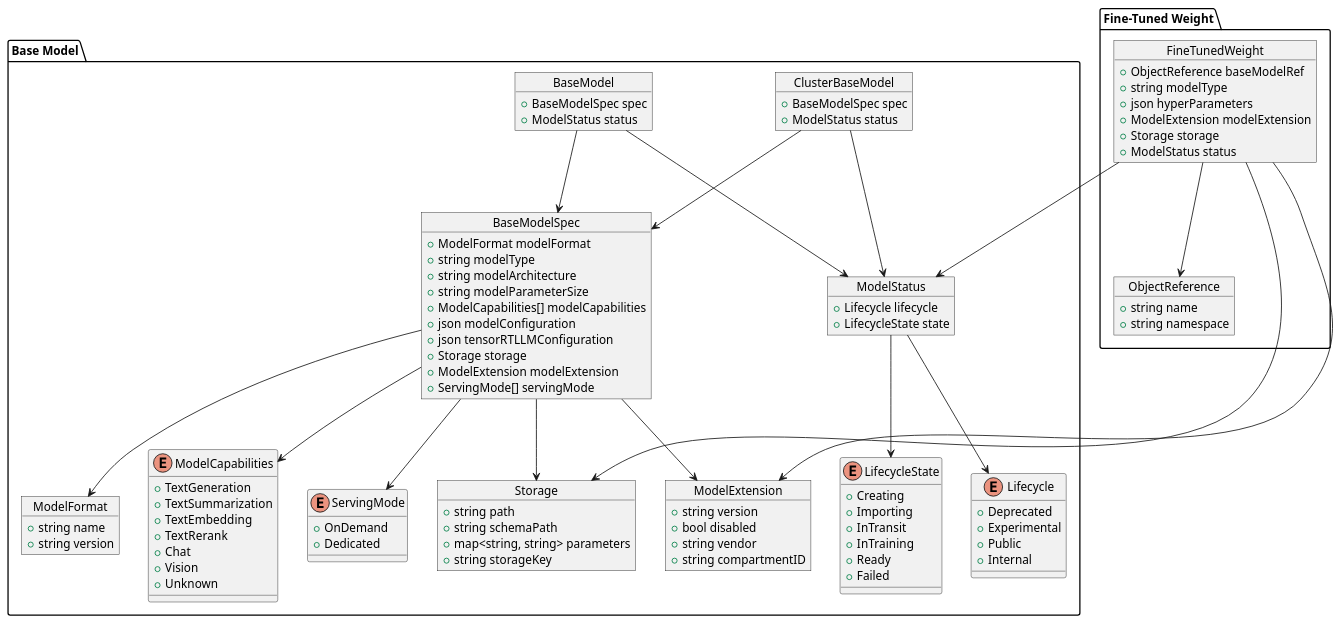
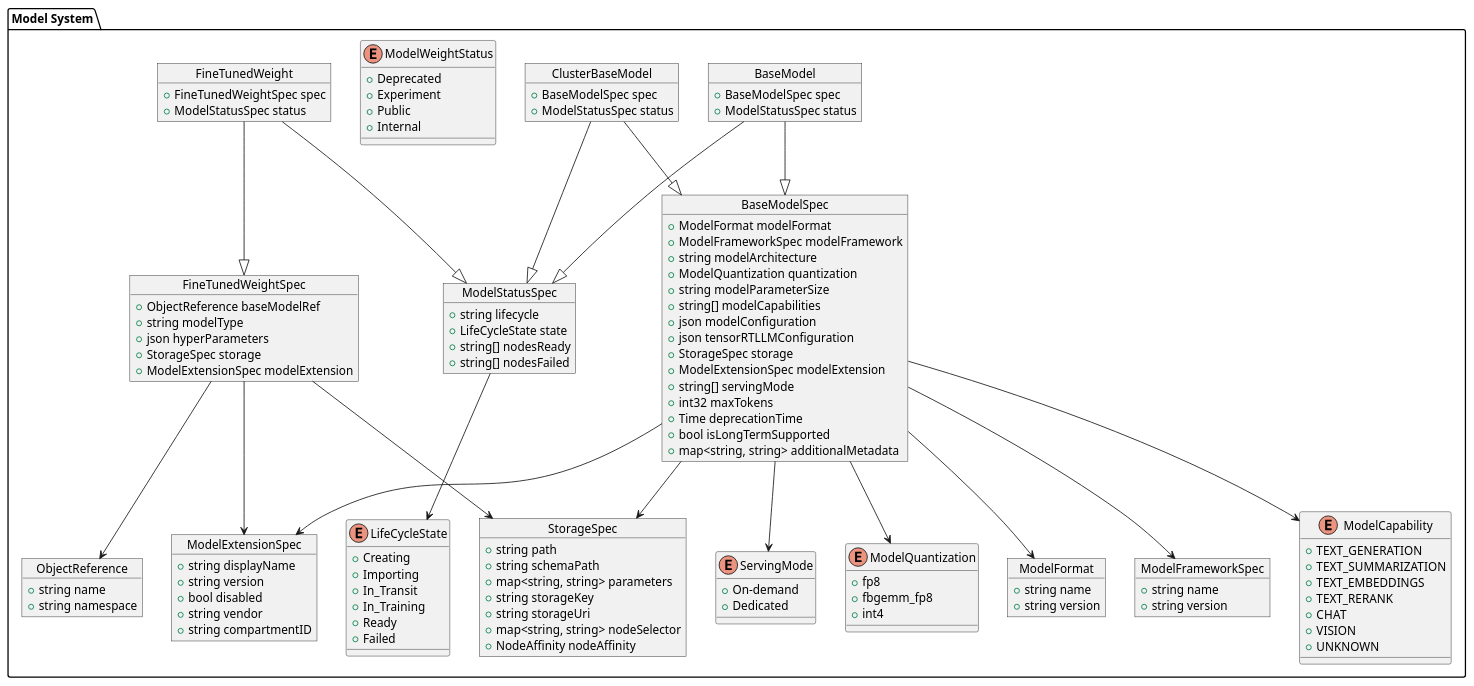
Before and after one commit to sgl-project/ome: the diagram in site/assets/model.plantuml, drawn with PlantUML. The commit also changed 13 other files, not shown here.

First line of the commit message:
[Docs] update plantumls for resources and readme

```diff
--- a/site/assets/model.plantuml
+++ b/site/assets/model.plantuml
@@ -1,113 +1,141 @@
-@startuml
-package "Base Model" {
+@startuml Model
+package "Model System" {
   object ClusterBaseModel {
     + BaseModelSpec spec
-    + ModelStatus status
+    + ModelStatusSpec status
   }
+  
   object BaseModel {
     + BaseModelSpec spec
-    + ModelStatus status
+    + ModelStatusSpec status
   }
 
   object BaseModelSpec {
     + ModelFormat modelFormat
-    + string modelType
+    + ModelFrameworkSpec modelFramework
     + string modelArchitecture
+    + ModelQuantization quantization
     + string modelParameterSize
-    + ModelCapabilities[] modelCapabilities
+    + string[] modelCapabilities
     + json modelConfiguration
     + json tensorRTLLMConfiguration
-    + Storage storage
-    + ModelExtension modelExtension
-    + ServingMode[] servingMode
+    + StorageSpec storage
+    + ModelExtensionSpec modelExtension
+    + string[] servingMode
+    + int32 maxTokens
+    + Time deprecationTime
+    + bool isLongTermSupported
+    + map<string, string> additionalMetadata
   }
 
   enum ServingMode {
-    + OnDemand
+    + On-demand
     + Dedicated
+  }
+
+  enum ModelQuantization {
+    + fp8
+    + fbgemm_fp8
+    + int4
   }
 
   object ModelFormat {
     + string name
     + string version
   }
 
-  enum ModelCapabilities {
-    + TextGeneration
-    + TextSummarization
-    + TextEmbedding
-    + TextRerank
-    + Chat
-    + Vision
-    + Unknown
+  object ModelFrameworkSpec {
+    + string name
+    + string version
   }
 
-  enum LifecycleState {
+  enum ModelCapability {
+    + TEXT_GENERATION
+    + TEXT_SUMMARIZATION
+    + TEXT_EMBEDDINGS
+    + TEXT_RERANK
+    + CHAT
+    + VISION
+    + UNKNOWN
+  }
+
+  enum LifeCycleState {
     + Creating
     + Importing
-    + InTransit
-    + InTraining
+    + In_Transit
+    + In_Training
     + Ready
     + Failed
   }
 
-  enum Lifecycle {
+  enum ModelWeightStatus {
     + Deprecated
-    + Experimental
+    + Experiment
     + Public
     + Internal
   }
 
-  object Storage {
+  object StorageSpec {
     + string path
     + string schemaPath
     + map<string, string> parameters
     + string storageKey
+    + string storageUri
+    + map<string, string> nodeSelector
+    + NodeAffinity nodeAffinity
   }
 
-  object ModelExtension {
+  object ModelExtensionSpec {
+    + string displayName
     + string version
     + bool disabled
     + string vendor
     + string compartmentID
   }
 
-  object ModelStatus {
-    + Lifecycle lifecycle
-    + LifecycleState state
+  object ModelStatusSpec {
+    + string lifecycle
+    + LifeCycleState state
+    + string[] nodesReady
+    + string[] nodesFailed
   }
 
-  ClusterBaseModel --> BaseModelSpec
-  BaseModel --> BaseModelSpec
-  BaseModelSpec --> ModelFormat
-  BaseModelSpec --> ModelCapabilities
-  BaseModelSpec --> ServingMode
-  BaseModelSpec --> Storage
-  BaseModelSpec --> ModelExtension
-  ClusterBaseModel --> ModelStatus
-  BaseModel --> ModelStatus
-  ModelStatus --> Lifecycle
-  ModelStatus --> LifecycleState
-}
+  object FineTunedWeight {
+    + FineTunedWeightSpec spec
+    + ModelStatusSpec status
+  }
 
-package "Fine-Tuned Weight" {
-  object FineTunedWeight {
+  object FineTunedWeightSpec {
     + ObjectReference baseModelRef
     + string modelType
     + json hyperParameters
-    + ModelExtension modelExtension
-    + Storage storage
-    + ModelStatus status
+    + StorageSpec storage
+    + ModelExtensionSpec modelExtension
   }
 
   object ObjectReference {
     + string name
     + string namespace
   }
 
-  FineTunedWeight --> ObjectReference
-  FineTunedWeight --> Storage
-  FineTunedWeight --> ModelExtension
-  FineTunedWeight --> ModelStatus
+  ClusterBaseModel --|> BaseModelSpec
+  BaseModel --|> BaseModelSpec
+  BaseModelSpec --> ModelFormat
+  BaseModelSpec --> ModelCapability
+  BaseModelSpec --> ModelFrameworkSpec
+  BaseModelSpec --> ServingMode
+  BaseModelSpec --> ModelQuantization
+  BaseModelSpec --> StorageSpec
+  BaseModelSpec --> ModelExtensionSpec
+  
+  ClusterBaseModel --|> ModelStatusSpec
+  BaseModel --|> ModelStatusSpec
+  ModelStatusSpec --> LifeCycleState
+  
+  FineTunedWeight --|> FineTunedWeightSpec
+  FineTunedWeight --|> ModelStatusSpec
+  FineTunedWeightSpec --> ObjectReference
+  FineTunedWeightSpec --> StorageSpec
+  FineTunedWeightSpec --> ModelExtensionSpec
 }
 @enduml
```
